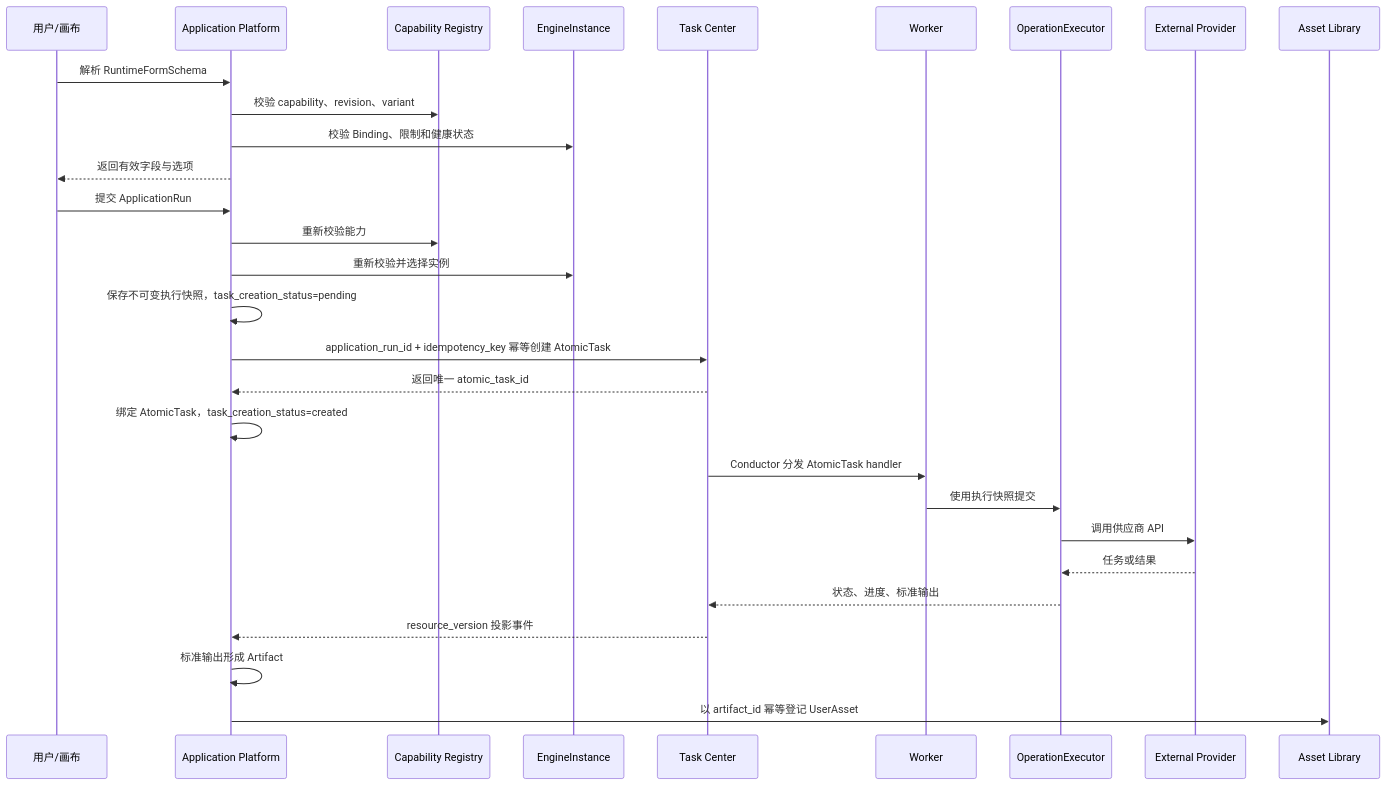
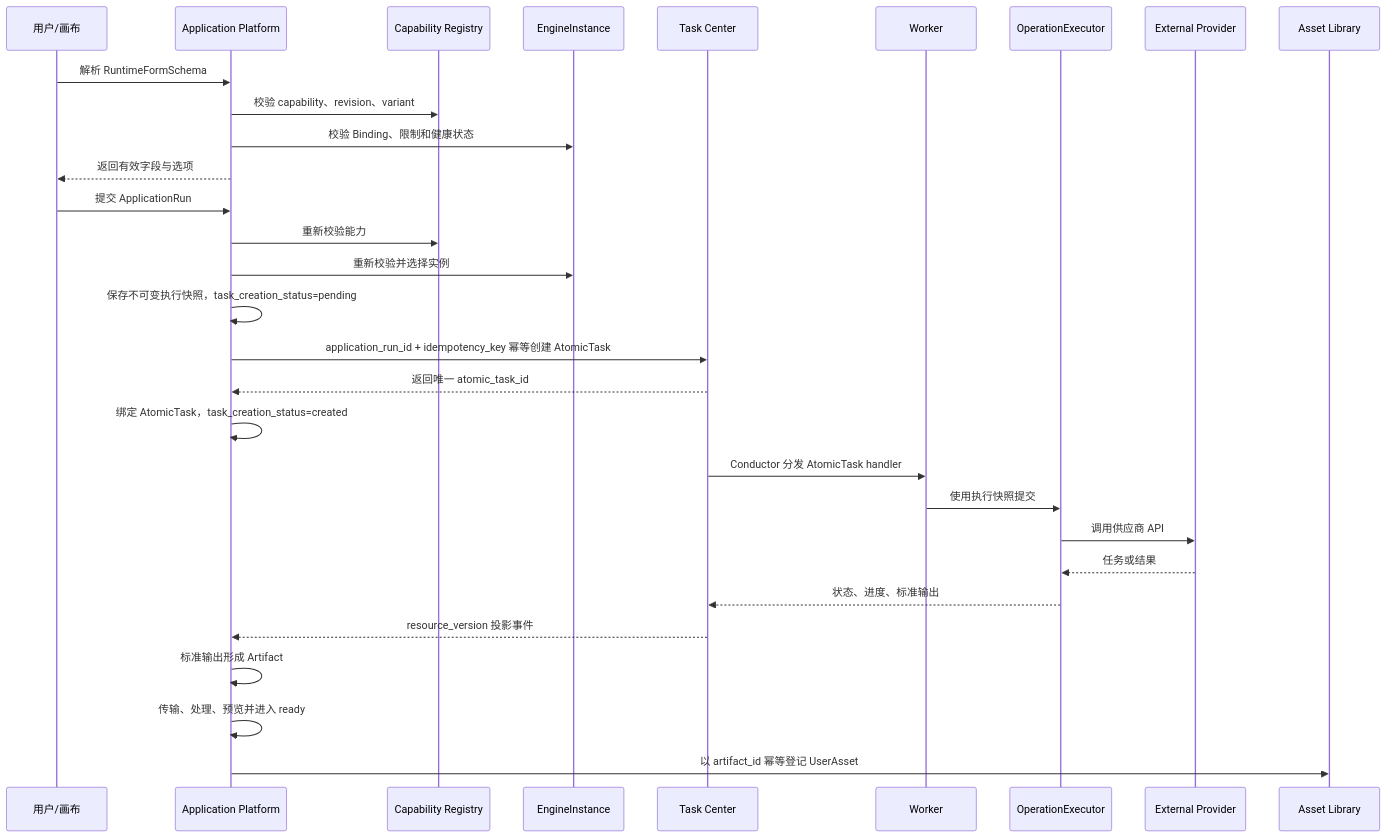
The fourth of 4 diagrams in 02_architecture/domains/application-platform.md (wangweihong/omnimam-spec), drawn with Mermaid before and after one commit. The commit also changed other lines of this file and 24 other files, not shown here.

````diff
--- a/02_architecture/domains/application-platform.md
+++ b/02_architecture/domains/application-platform.md
@@ -194,32 +194,33 @@
 ```mermaid
 sequenceDiagram
     participant User as 用户/画布
     participant App as Application Platform
     participant Registry as Capability Registry
     participant Engine as EngineInstance
     participant Task as Task Center
     participant Worker as Worker
     participant Exec as OperationExecutor
     participant Provider as External Provider
     participant Asset as Asset Library
 
     User->>App: 解析 RuntimeFormSchema
     App->>Registry: 校验 capability、revision、variant
     App->>Engine: 校验 Binding、限制和健康状态
     App-->>User: 返回有效字段与选项
     User->>App: 提交 ApplicationRun
     App->>Registry: 重新校验能力
     App->>Engine: 重新校验并选择实例
     App->>App: 保存不可变执行快照，task_creation_status=pending
     App->>Task: application_run_id + idempotency_key 幂等创建 AtomicTask
     Task-->>App: 返回唯一 atomic_task_id
     App->>App: 绑定 AtomicTask，task_creation_status=created
     Task->>Worker: Conductor 分发 AtomicTask handler
     Worker->>Exec: 使用执行快照提交
     Exec->>Provider: 调用供应商 API
     Provider-->>Exec: 任务或结果
     Exec-->>Task: 状态、进度、标准输出
     Task-->>App: resource_version 投影事件
     App->>App: 标准输出形成 Artifact
+    App->>App: 传输、处理、预览并进入 ready
     App->>Asset: 以 artifact_id 幂等登记 UserAsset
 ```
````
